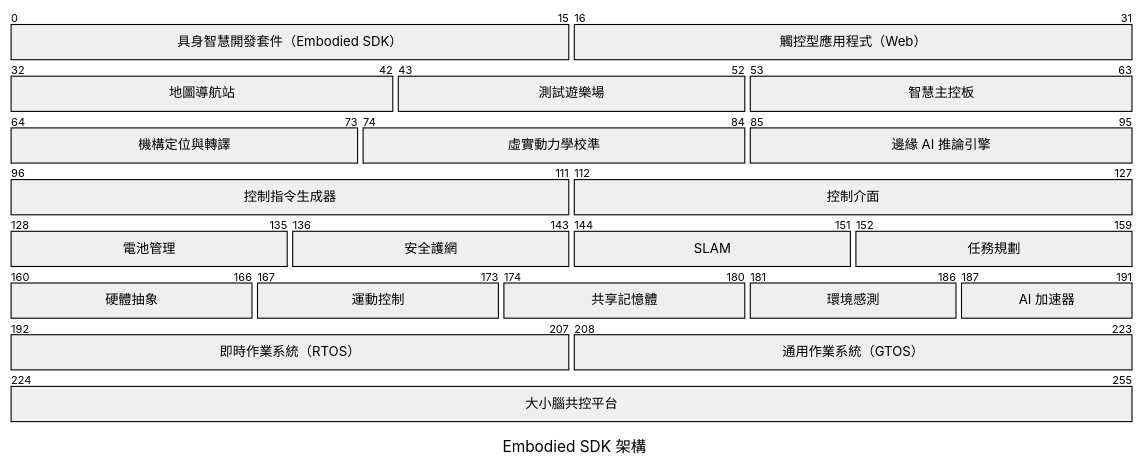
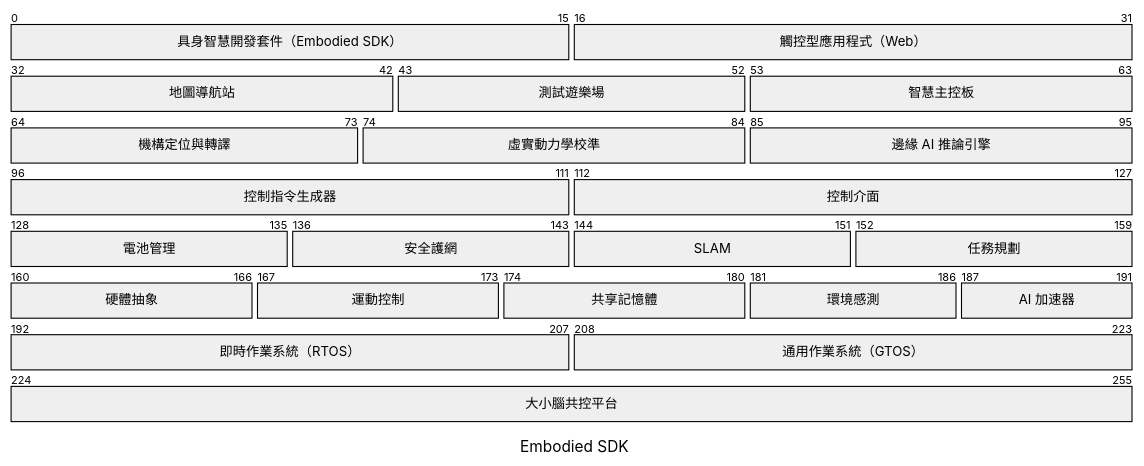
Before and after one commit to MarkovChenITRI/.github: the second of 2 diagrams in profile/README.md, drawn with Mermaid. The commit also changed other lines of this file, not shown here.

````diff
--- a/profile/README.md
+++ b/profile/README.md
@@ -9,28 +40,28 @@
 ```mermaid
 ---
-title: Embodied SDK 架構
+title: Embodied SDK
 ---
 packet
 0-15: "具身智慧開發套件（Embodied SDK）"
 16-31: "觸控型應用程式（Web）"
 32-42: "地圖導航站"
 43-52: "測試遊樂場"
 53-63: "智慧主控板"
 64-73: "機構定位與轉譯"
 74-84: "虛實動力學校準"
 85-95: "邊緣 AI 推論引擎"
 96-111: "控制指令生成器"
 112-127: "控制介面"
 128-135: "電池管理"
 136-143: "安全護網"
 144-151: "SLAM"
 152-159: "任務規劃"
 160-166: "硬體抽象"
 167-173: "運動控制"
 174-180: "共享記憶體"
 181-186: "環境感測"
 187-191: "AI 加速器"
 192-207: "即時作業系統（RTOS）"
 208-223: "通用作業系統（GTOS）"
 224-255: "大小腦共控平台"
 ```
````
